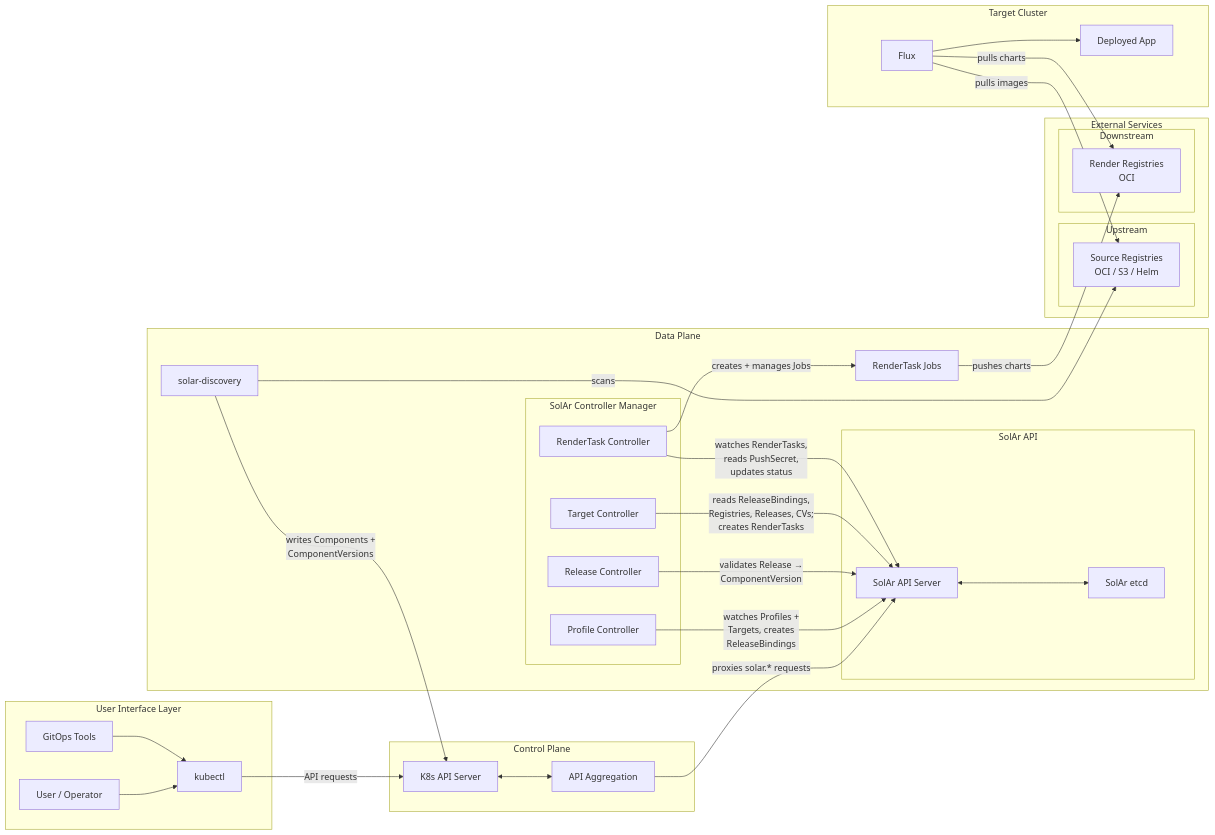
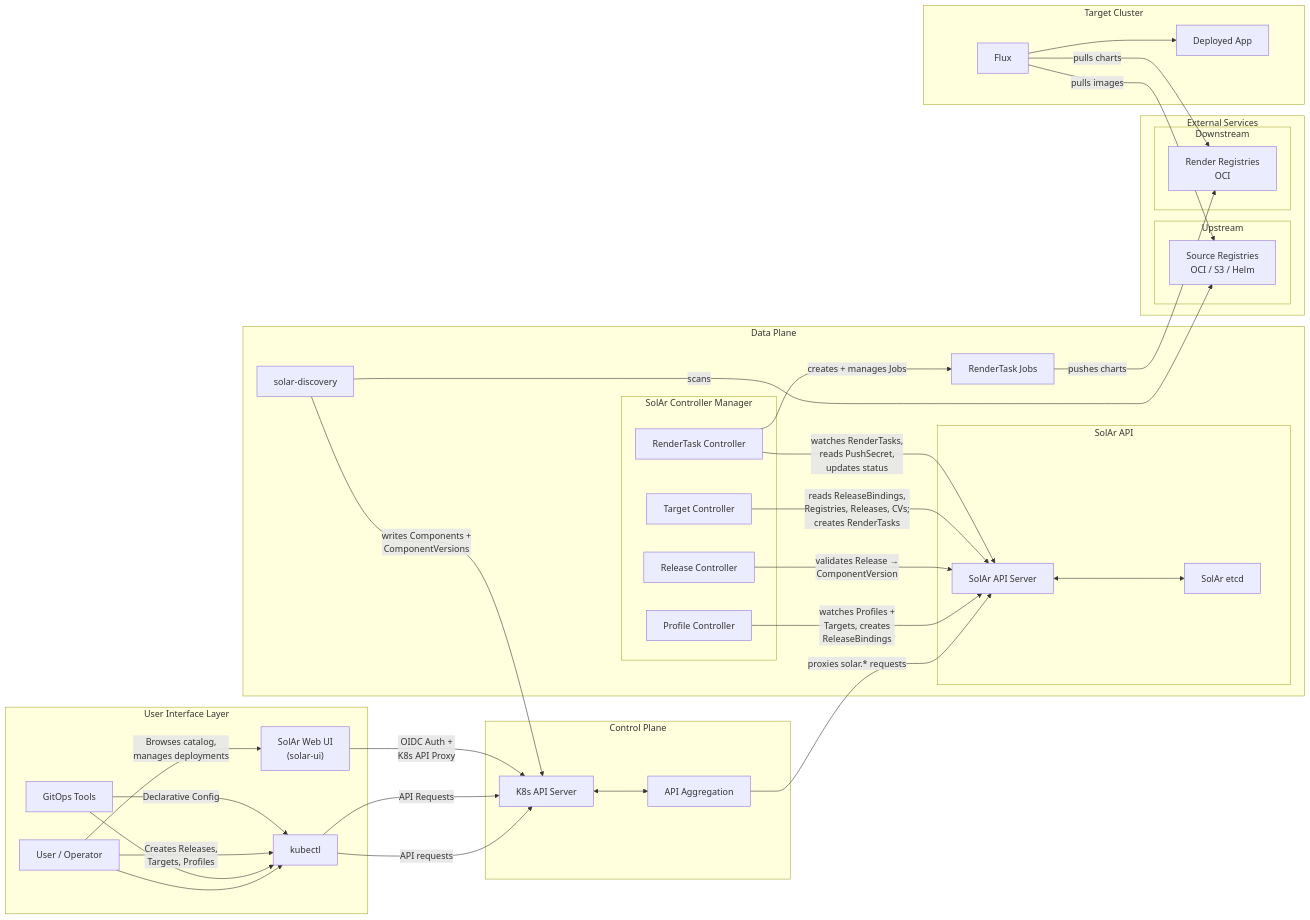
Before and after one commit to opendefensecloud/solution-arsenal: the first of 2 diagrams in docs/developer-guide/architecture.md, drawn with Mermaid. The commit also changed other lines of this file and 2 other files, not shown here.

````diff
--- a/docs/developer-guide/architecture.md
+++ b/docs/developer-guide/architecture.md
@@ -5,63 +5,69 @@
 ```mermaid
 graph LR
     subgraph UI["User Interface Layer"]
         User["User / Operator"]
         Kubectl["kubectl"]
         GitOps["GitOps Tools"]
         User --> Kubectl
         GitOps --> Kubectl
+        WebUI["SolAr Web UI<br/>(solar-ui)"]
     end
 
     subgraph CP["Control Plane"]
         K8sAPI["K8s API Server"]
         APIAgg["API Aggregation"]
         K8sAPI <--> APIAgg
     end
 
     subgraph DP["Data Plane"]
         subgraph SolArAPI["SolAr API"]
             SOLARAPI["SolAr API Server"]
             SOLARETCD["SolAr etcd"]
             SOLARAPI <--> SOLARETCD
         end
         subgraph Controllers["SolAr Controller Manager"]
             TargetCtrl["Target Controller"]
             ReleaseCtrl["Release Controller"]
             ProfileCtrl["Profile Controller"]
             RenderTaskCtrl["RenderTask Controller"]
         end
         Discovery["solar-discovery"]
         RenderJob["RenderTask Jobs"]
     end
 
     subgraph ES["External Services"]
         subgraph US["Upstream"]
             SrcReg["Source Registries<br/>OCI / S3 / Helm"]
         end
         subgraph DS["Downstream"]
             DstReg["Render Registries<br/>OCI"]
         end
     end
 
     subgraph TC["Target Cluster"]
         Flux["Flux"]
         App["Deployed App"]
         Flux --> App
     end
 
     Kubectl -->|"API requests"| K8sAPI
     APIAgg -->|"proxies solar.* requests"| SOLARAPI
 
     ProfileCtrl -->|"watches Profiles +<br/>Targets, creates<br/>ReleaseBindings"| SOLARAPI
     ReleaseCtrl -->|"validates Release →<br/>ComponentVersion"| SOLARAPI
     TargetCtrl -->|"reads ReleaseBindings,<br/>Registries, Releases, CVs;<br/>creates RenderTasks"| SOLARAPI
     RenderTaskCtrl -->|"watches RenderTasks,<br/>reads PushSecret,<br/>updates status"| SOLARAPI
     RenderTaskCtrl -->|"creates + manages Jobs"| RenderJob
 
     Discovery -->|"scans"| SrcReg
     Discovery -->|"writes Components +<br/>ComponentVersions"| K8sAPI
     RenderJob -->|"pushes charts"| DstReg
+    User -->|"Creates Releases,<br/>Targets, Profiles"| Kubectl
+    User -->|"Browses catalog,<br/>manages deployments"| WebUI
+    GitOps -->|"Declarative Config"| Kubectl
+    Kubectl -->|"API Requests"| K8sAPI
+    WebUI -->|"OIDC Auth +<br/>K8s API Proxy"| K8sAPI
 
     Flux -->|"pulls charts"| DstReg
     Flux -->|"pulls images"| SrcReg
 ```
````
